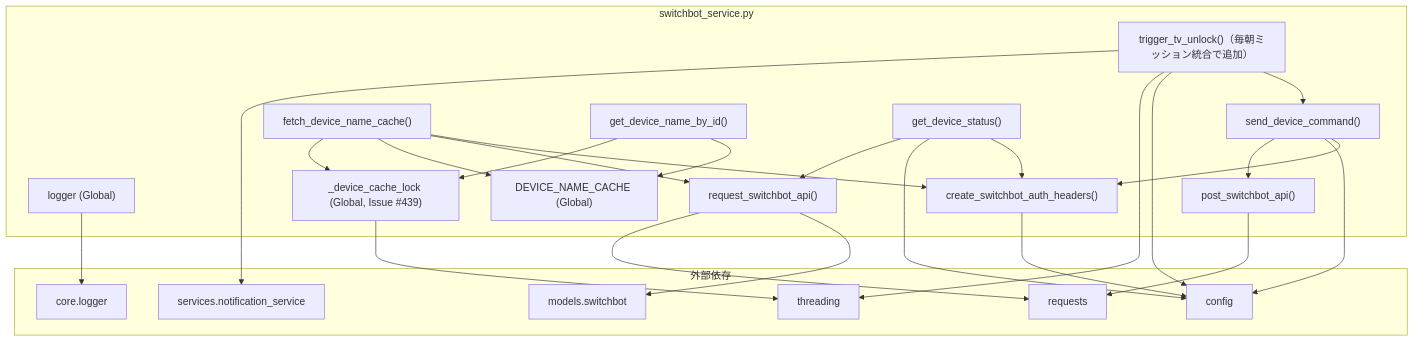
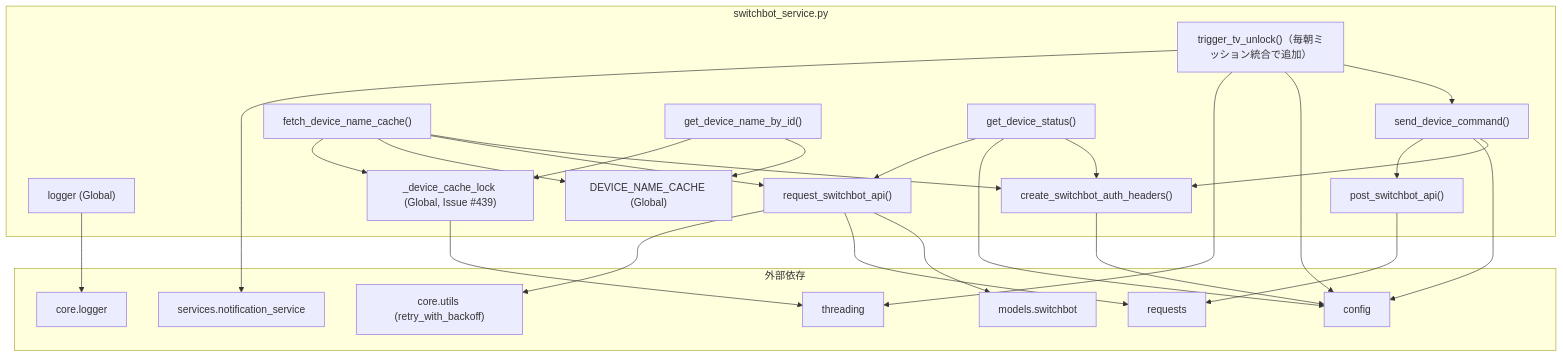
Before and after one commit to mmtigers/my_python_project: the second of 2 diagrams in docs/specifications/MY_HOME_SYSTEM/switchbot_service.md, drawn with Mermaid. The commit also changed other lines of this file and 2 other files, not shown here.

First line of the commit message:
refactor(switchbot): GETのリトライを core.utils.retry_with_backoff に寄せる (#661) (#683)

````diff
--- a/docs/specifications/MY_HOME_SYSTEM/switchbot_service.md
+++ b/docs/specifications/MY_HOME_SYSTEM/switchbot_service.md
@@ -284,54 +291,56 @@
 ```mermaid
 graph TD
     subgraph "switchbot_service.py"
         logger["logger (Global)"]
         DEVICE_NAME_CACHE["DEVICE_NAME_CACHE (Global)"]
         device_cache_lock["_device_cache_lock (Global, Issue #439)"]
         request_switchbot_api["request_switchbot_api()"]
         post_switchbot_api["post_switchbot_api()"]
         send_device_command["send_device_command()"]
         trigger_tv_unlock["trigger_tv_unlock()（毎朝ミッション統合で追加）"]
         create_switchbot_auth_headers["create_switchbot_auth_headers()"]
         fetch_device_name_cache["fetch_device_name_cache()"]
         get_device_name_by_id["get_device_name_by_id()"]
         get_device_status["get_device_status()"]
     end
 
     subgraph "外部依存"
         config["config"]
         core_logger["core.logger"]
+        core_utils["core.utils (retry_with_backoff)"]
         models_switchbot["models.switchbot"]
         requests["requests"]
         threading_mod["threading"]
         notification_service["services.notification_service"]
     end
 
     logger --> core_logger
     create_switchbot_auth_headers --> config
     request_switchbot_api --> models_switchbot
     request_switchbot_api --> requests
+    request_switchbot_api --> core_utils
     post_switchbot_api --> requests
 
     send_device_command --> create_switchbot_auth_headers
     send_device_command --> config
     send_device_command --> post_switchbot_api
 
     trigger_tv_unlock --> send_device_command
     trigger_tv_unlock --> config
     trigger_tv_unlock --> threading_mod
     trigger_tv_unlock --> notification_service
 
     fetch_device_name_cache --> create_switchbot_auth_headers
     fetch_device_name_cache --> request_switchbot_api
     fetch_device_name_cache --> DEVICE_NAME_CACHE
     fetch_device_name_cache --> device_cache_lock
 
     get_device_name_by_id --> DEVICE_NAME_CACHE
     get_device_name_by_id --> device_cache_lock
     device_cache_lock --> threading_mod
 
     get_device_status --> create_switchbot_auth_headers
     get_device_status --> config
     get_device_status --> request_switchbot_api
 
 ```
````
